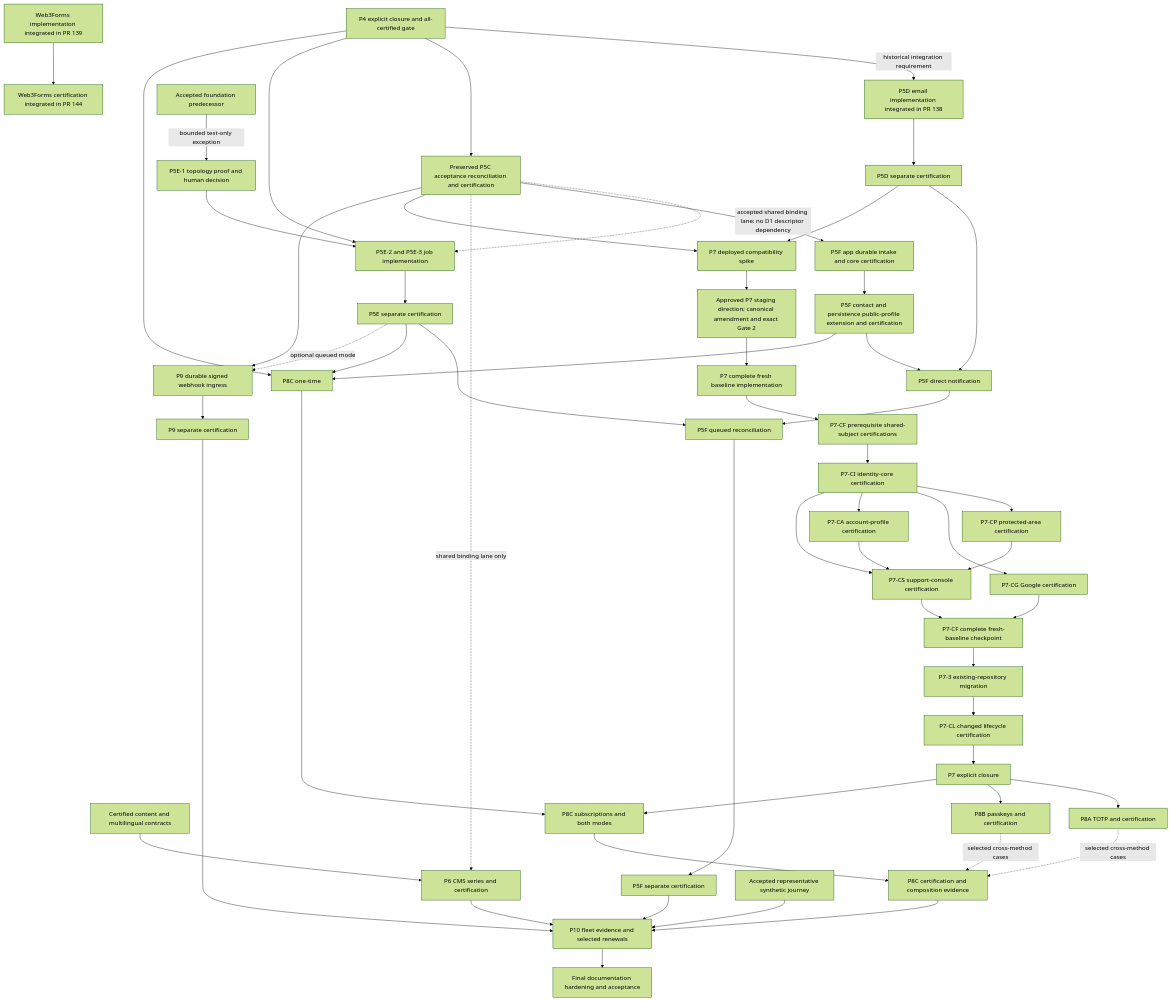
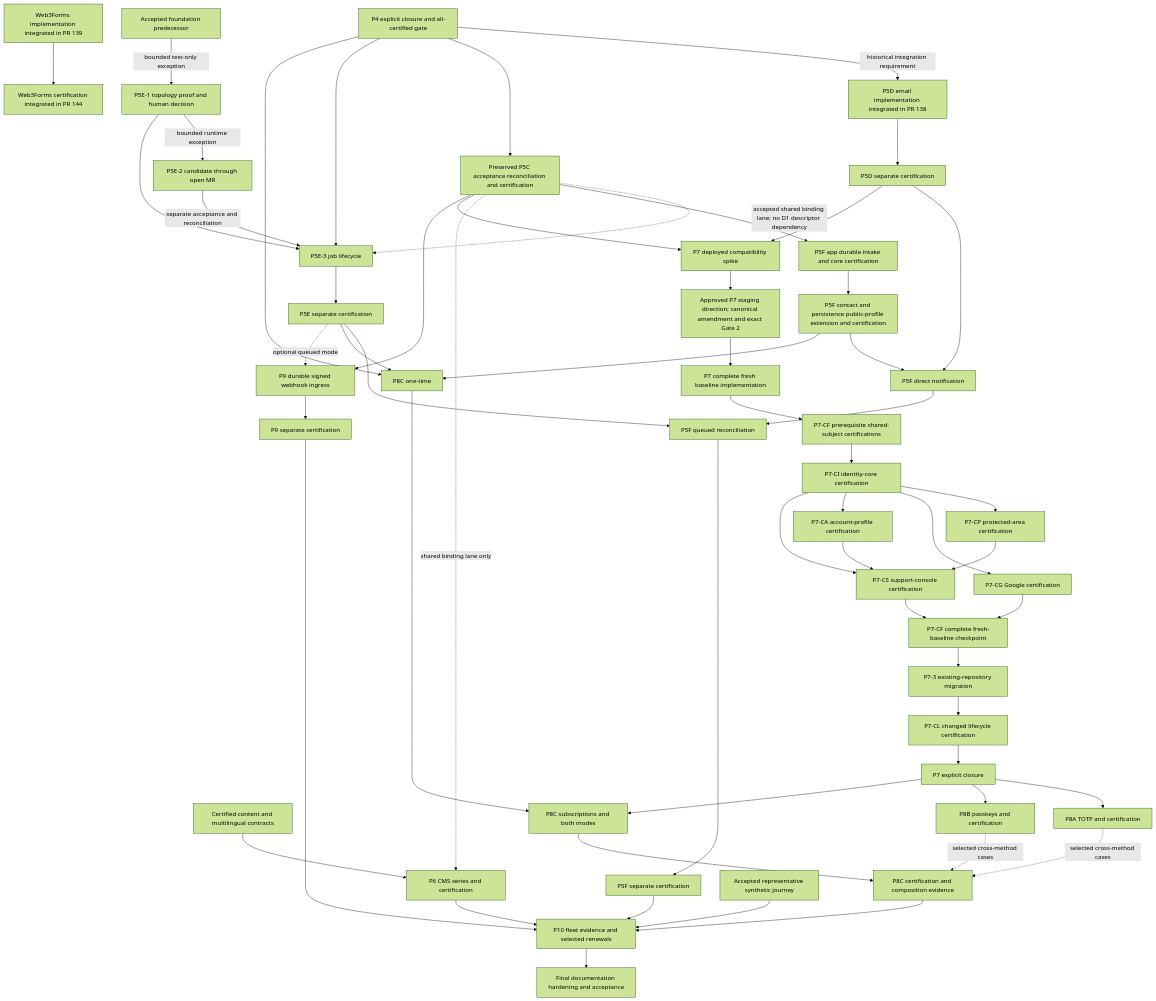
One commit to Egeria-Systems/egeria-scaffold changed the diagram in docs/roadmaps/2026-09-16-remaining-program-delivery-plan.md. Above: the diagram before and after it, drawn with Mermaid (forest theme). The commit also changed other lines of this file and 58 other files, not shown here.

Commit message:
Add bounded background job delivery

````diff
--- a/docs/roadmaps/2026-09-16-remaining-program-delivery-plan.md
+++ b/docs/roadmaps/2026-09-16-remaining-program-delivery-plan.md
@@ -138,57 +138,59 @@
 ```mermaid
 flowchart TD
   P4[P4 explicit closure and all-certified gate] -- historical integration requirement --> D[P5D email implementation integrated in PR 138]
   WEB3[Web3Forms implementation integrated in PR 139] --> WEB3C[Web3Forms certification integrated in PR 144]
   P4 --> PC[Preserved P5C acceptance reconciliation and certification]
   FOUNDATION[Accepted foundation predecessor] -- bounded test-only exception --> PROOF[P5E-1 topology proof and human decision]
-  P4 --> E[P5E-2 and P5E-3 job implementation]
+  PROOF -- bounded runtime exception --> E2[P5E-2 candidate through open MR]
+  P4 --> E[P5E-3 job lifecycle]
+  E2 -- separate acceptance and reconciliation --> E
   PROOF --> E
   PC -. accepted shared binding lane; no D1 descriptor dependency .-> E
   D --> DC[P5D separate certification]
   E --> EC[P5E separate certification]
   PC --> F1[P5F app durable intake and core certification]
   F1 --> PUB[P5F contact and persistence public-profile extension and certification]
   PUB --> F2[P5F direct notification]
   DC --> F2
   F2 --> F3[P5F queued reconciliation]
   EC --> F3
   F3 --> FC[P5F separate certification]
   CONTENT[Certified content and multilingual contracts] --> CMS[P6 CMS series and certification]
   PC -. shared binding lane only .-> CMS
   PC --> ID[P7 deployed compatibility spike]
   DC --> ID
   ID --> STAGE[Approved P7 staging direction; canonical amendment and exact Gate 2]
   STAGE --> BASE[P7 complete fresh baseline implementation]
   BASE --> SHARED[P7-CF prerequisite shared-subject certifications]
   SHARED --> CORE[P7-CI identity-core certification]
   CORE --> PROTECTED[P7-CP protected-area certification]
   CORE --> GOOGLE[P7-CG Google certification]
   CORE --> ACCOUNT[P7-CA account-profile certification]
   PROTECTED --> SUPPORT[P7-CS support-console certification]
   ACCOUNT --> SUPPORT
   CORE --> SUPPORT
   SUPPORT --> FRESH[P7-CF complete fresh-baseline checkpoint]
   GOOGLE --> FRESH
   FRESH --> MIGRATE[P7-3 existing-repository migration]
   MIGRATE --> LIFECYCLE[P7-CL changed lifecycle certification]
   LIFECYCLE --> IDC[P7 explicit closure]
   IDC --> A[P8A TOTP and certification]
   IDC --> B[P8B passkeys and certification]
   P4 --> PAY[P8C one-time]
   PUB --> PAY
   EC --> PAY
   PAY --> SUB[P8C subscriptions and both modes]
   IDC --> SUB
   SUB --> PAYC[P8C certification and composition evidence]
   A -. selected cross-method cases .-> PAYC
   B -. selected cross-method cases .-> PAYC
   PC --> WH[P9 durable signed webhook ingress]
   EC -. optional queued mode .-> WH
   WH --> WHC[P9 separate certification]
   JOURNEY[Accepted representative synthetic journey] --> FLEET[P10 fleet evidence and selected renewals]
   CMS --> FLEET
   FC --> FLEET
   PAYC --> FLEET
   WHC --> FLEET
   FLEET --> DOC[Final documentation hardening and acceptance]
 ```
````
